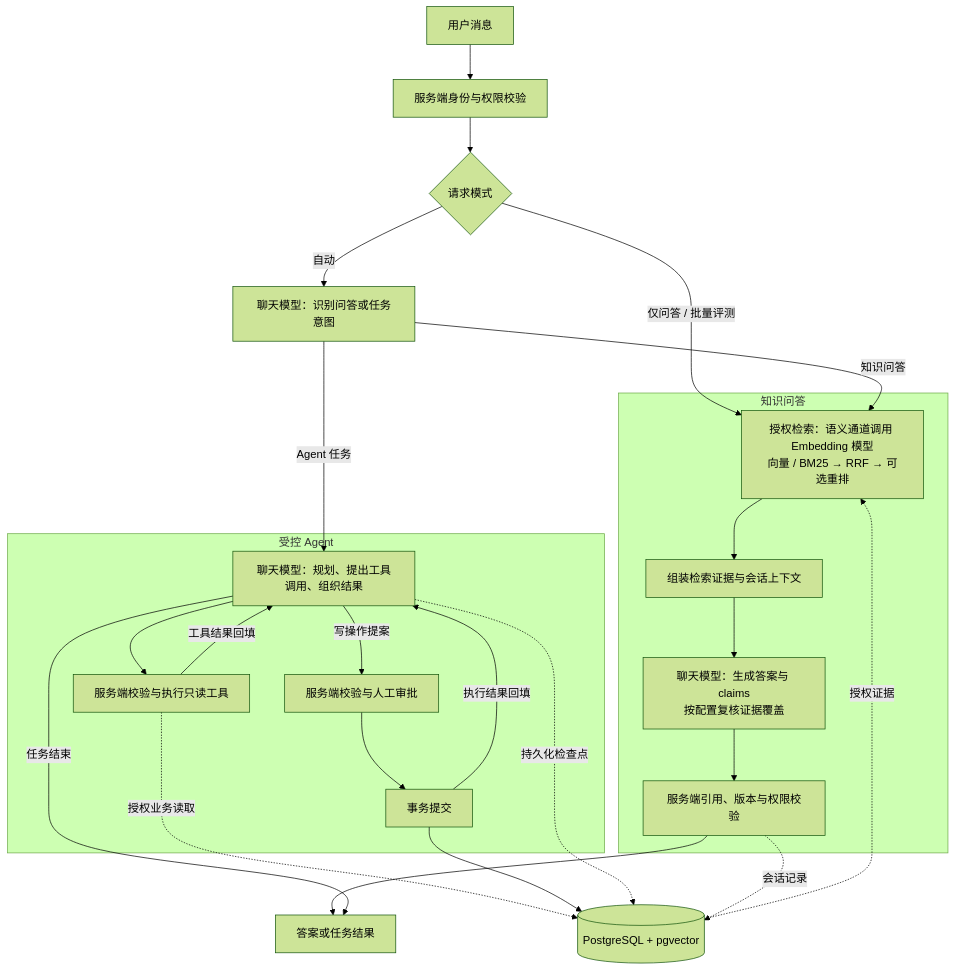
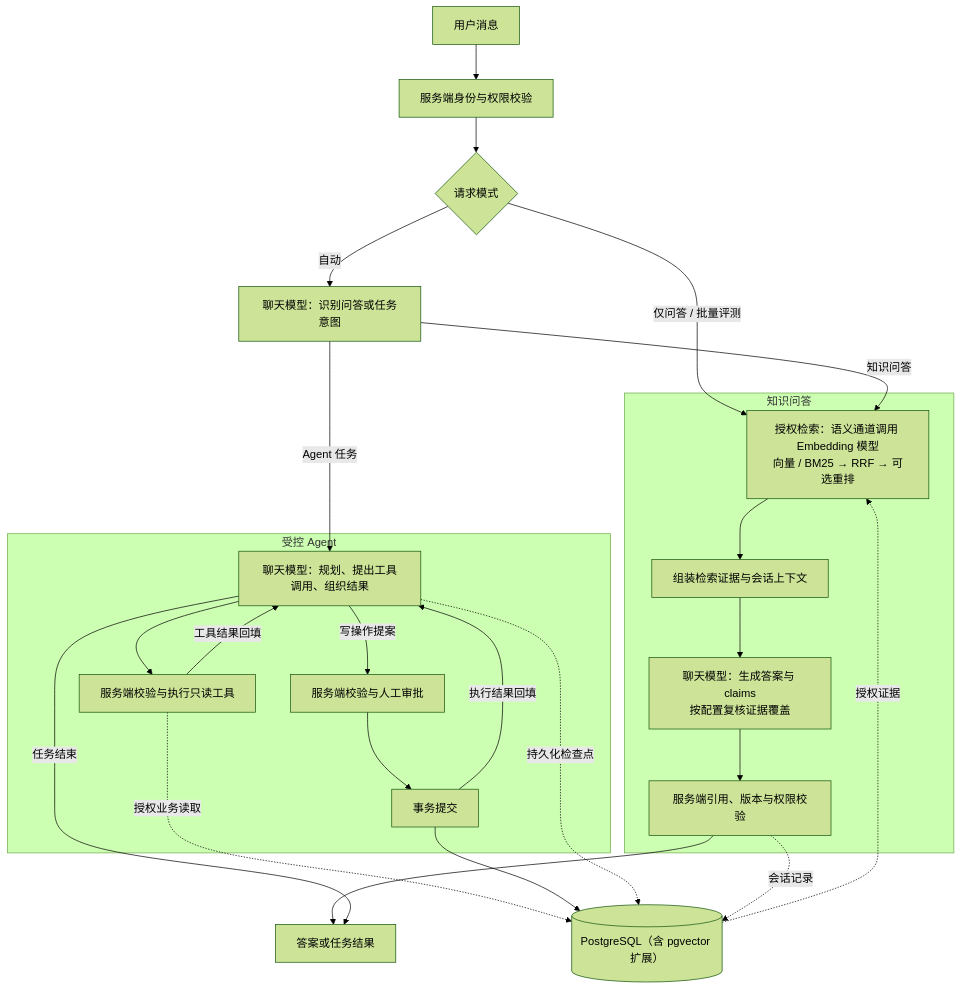
One commit to thxuan/knowledgeops-copilot changed the first of 2 diagrams in README.md. Above: the diagram before and after it, drawn with Mermaid (forest theme). The commit also changed other lines of this file and 18 other files, not shown here.

````diff
--- a/README.md
+++ b/README.md
@@ -26,33 +26,33 @@
 ```mermaid
 flowchart TB
     U[用户消息] --> I[服务端身份与权限校验]
     I --> M{请求模式}
     M -->|自动| Q[聊天模型：识别问答或任务意图]
     M -->|仅问答 / 批量评测| R
     Q -->|知识问答| R
     Q -->|Agent 任务| A
 
     subgraph RAG[知识问答]
         R[授权检索：语义通道调用 Embedding 模型<br/>向量 / BM25 → RRF → 可选重排]
         R --> C[组装检索证据与会话上下文]
         C --> G[聊天模型：生成答案与 claims<br/>按配置复核证据覆盖]
         G --> V[服务端引用、版本与权限校验]
     end
 
     subgraph AGENT[受控 Agent]
         A[聊天模型：规划、提出工具调用、组织结果]
         A --> T[服务端校验与执行只读工具]
         T -->|工具结果回填| A
         A -->|写操作提案| P[服务端校验与人工审批]
         P --> W[事务提交]
         W -->|执行结果回填| A
     end
 
     V --> O[答案或任务结果]
     A -->|任务结束| O
-    DB[(PostgreSQL + pgvector)] -.授权证据.-> R
+    DB[(PostgreSQL（含 pgvector 扩展）)] -.授权证据.-> R
     T -.授权业务读取.-> DB
     W --> DB
     A -.持久化检查点.-> DB
     V -.会话记录.-> DB
 ```
````
